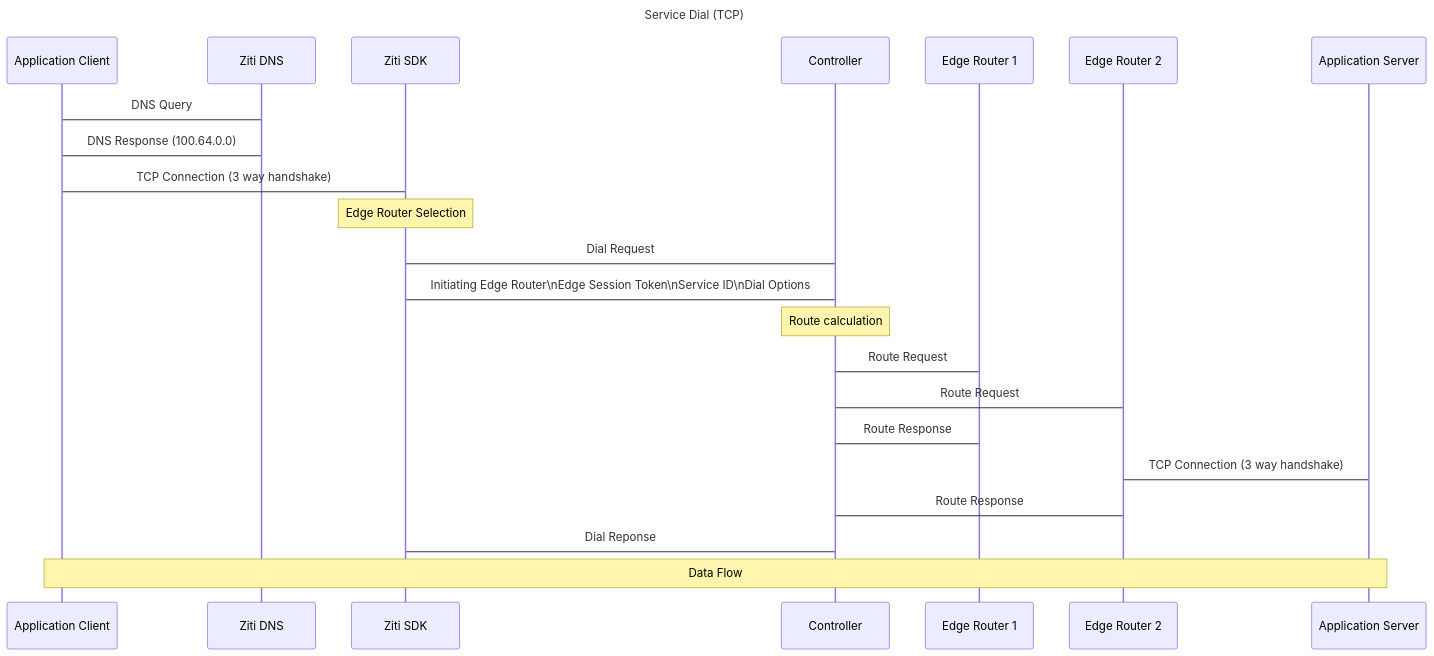
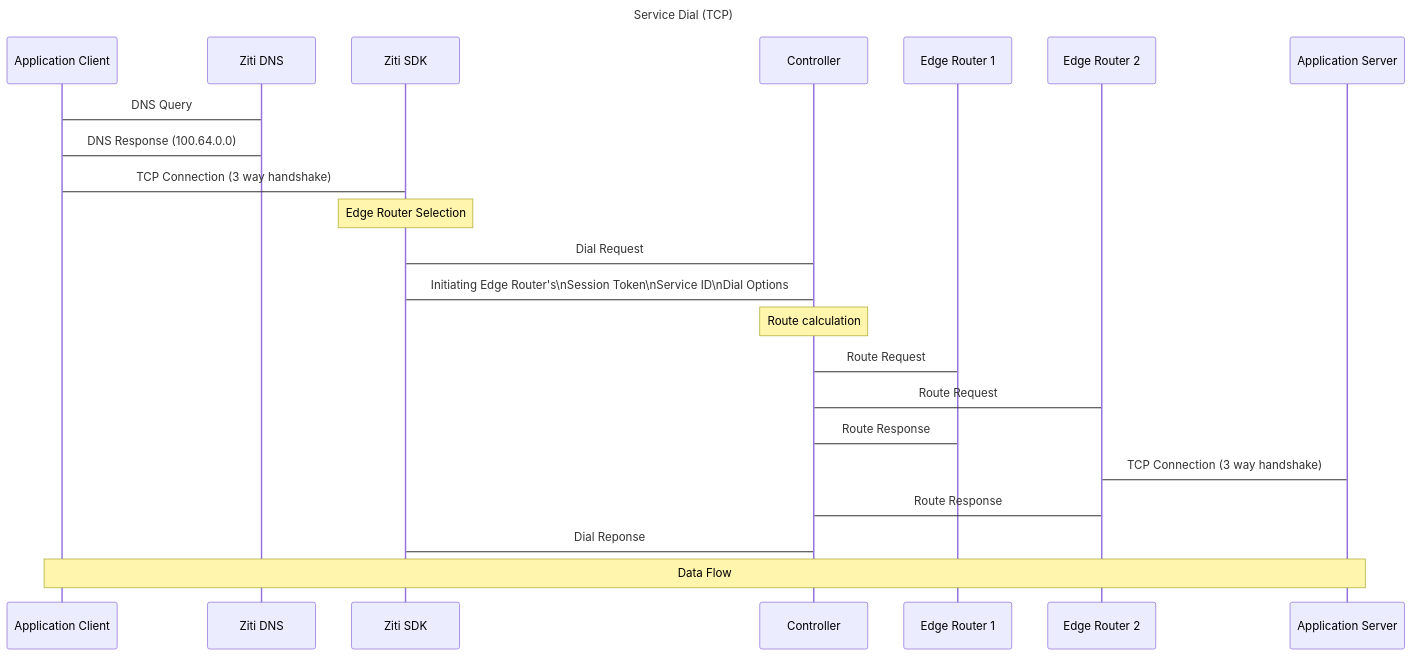
One commit to openziti/ziti-doc changed the diagram in docusaurus/docs/learn/core-concepts/clients/process-sequences/ServiceDial.md. Above: the diagram before and after it, drawn with Mermaid. The commit also changed 13 other files, not shown here.

````diff
--- a/docusaurus/docs/learn/core-concepts/clients/process-sequences/ServiceDial.md
+++ b/docusaurus/docs/learn/core-concepts/clients/process-sequences/ServiceDial.md
@@ -3,40 +3,40 @@
 ```mermaid
 sequenceDiagram
 title Service Dial (TCP)
 
 participant Application Client
 participant Ziti DNS
 participant Ziti SDK
 participant Controller
 participant Edge Router 1
 participant Edge Router 2
 participant Application Server
 
 
 Application Client->Ziti DNS : DNS Query
 Ziti DNS ->Application Client : DNS Response (100.64.0.0)
 Application Client ->Ziti SDK : TCP Connection (3 way handshake)
 note over Ziti SDK : Edge Router Selection
 Ziti SDK ->Controller : Dial Request
 
-Ziti SDK -> Controller :Initiating Edge Router\nEdge Session Token\nService ID\nDial Options
+Ziti SDK -> Controller :Initiating Edge Router's\nSession Token\nService ID\nDial Options
 
 
 
 note over Controller : Route calculation
 
 
 Controller ->Edge Router 1 : Route Request
 
 Controller-> Edge Router 2 : Route Request
 Edge Router 1 ->Controller : Route Response
 Edge Router 2 ->Application Server : TCP Connection (3 way handshake)
 Edge Router 2 ->Controller : Route Response
 Controller->Ziti SDK : Dial Reponse
 
 
 
 
 
 note over Application Client,Application Server : Data Flow
 ```
````
